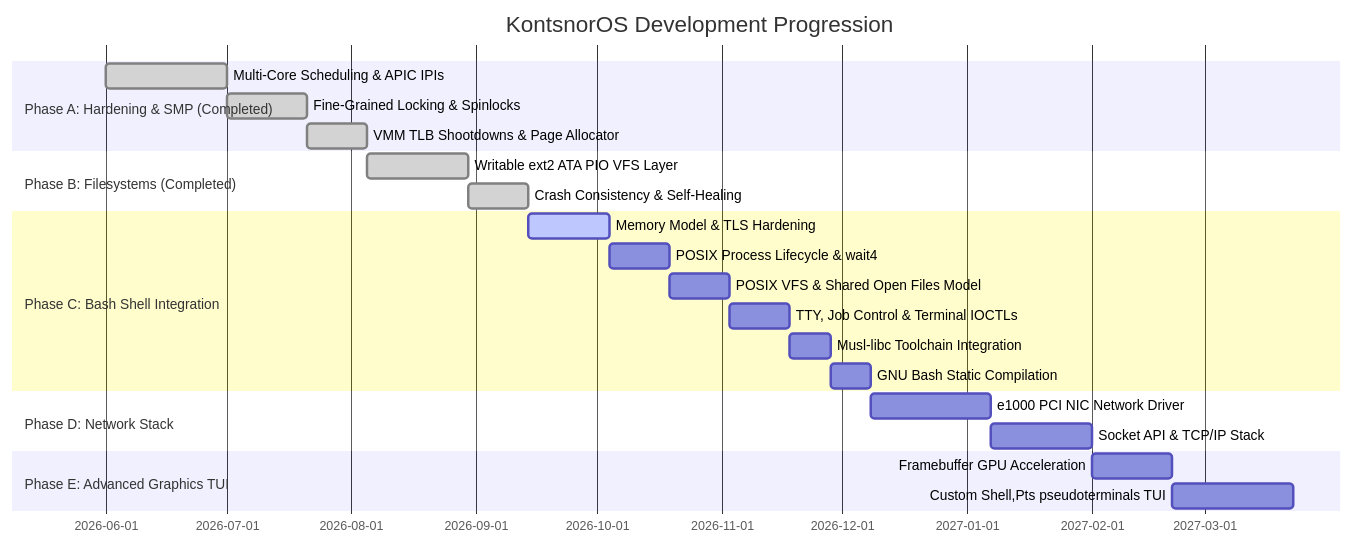
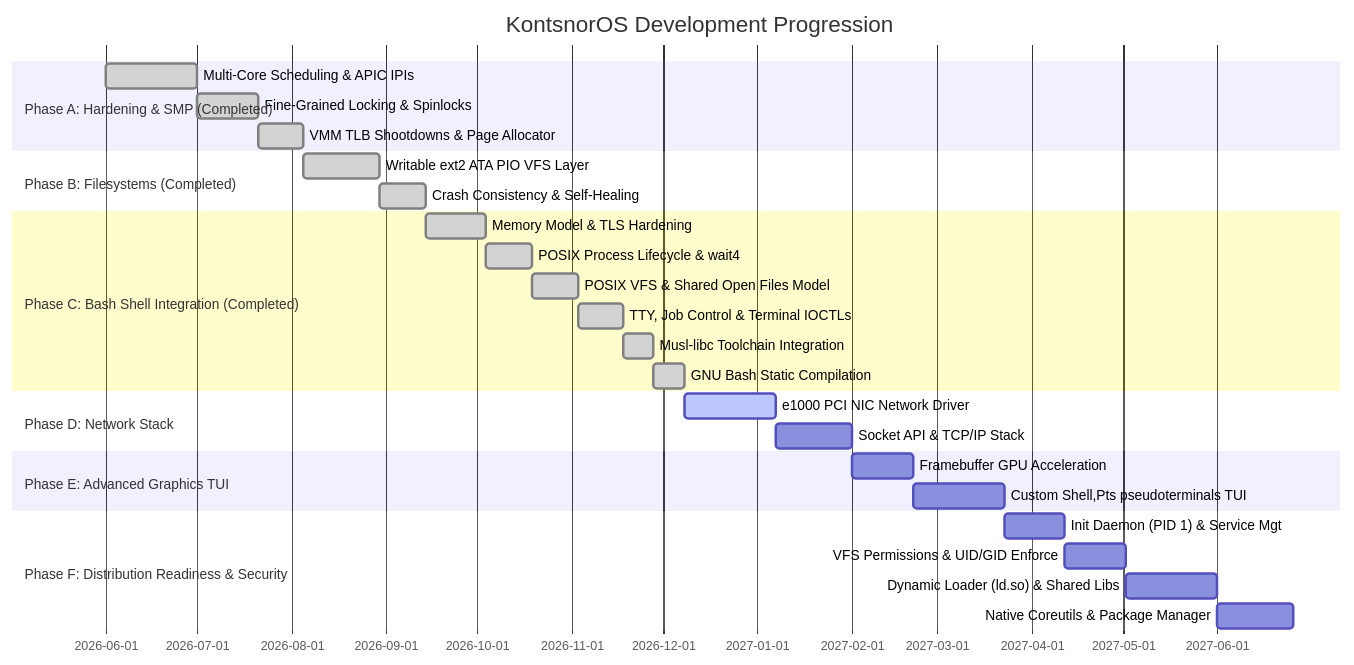
The diagram in docs/roadmap.md (Kontsnor/KontsnorOS), drawn with Mermaid before and after one commit. The commit also changed other lines of this file and 26 other files, not shown here.

Commit message:
feat: implement network stack with E1000 driver, socket support, and auxiliary system calls

````diff
--- a/docs/roadmap.md
+++ b/docs/roadmap.md
@@ -9,25 +9,30 @@
 ```mermaid
 gantt
     title KontsnorOS Development Progression
     dateFormat  YYYY-MM-DD
     section Phase A: Hardening & SMP (Completed)
     Multi-Core Scheduling & APIC IPIs   :done, des1, 2026-06-01, 30d
     Fine-Grained Locking & Spinlocks    :done, des2, after des1, 20d
     VMM TLB Shootdowns & Page Allocator :done, des3, after des2, 15d
     section Phase B: Filesystems (Completed)
     Writable ext2 ATA PIO VFS Layer     :done, fs1, after des3, 25d
     Crash Consistency & Self-Healing    :done, fs2, after fs1, 15d
-    section Phase C: Bash Shell Integration
-    Memory Model & TLS Hardening        :active, bash1, after fs2, 20d
-    POSIX Process Lifecycle & wait4     :         bash2, after bash1, 15d
-    POSIX VFS & Shared Open Files Model :         bash3, after bash2, 15d
-    TTY, Job Control & Terminal IOCTLs  :         bash4, after bash3, 15d
-    Musl-libc Toolchain Integration     :         bash5, after bash4, 10d
-    GNU Bash Static Compilation         :         bash6, after bash5, 10d
+    section Phase C: Bash Shell Integration (Completed)
+    Memory Model & TLS Hardening        :done, bash1, after fs2, 20d
+    POSIX Process Lifecycle & wait4     :done, bash2, after bash1, 15d
+    POSIX VFS & Shared Open Files Model :done, bash3, after bash2, 15d
+    TTY, Job Control & Terminal IOCTLs  :done, bash4, after bash3, 15d
+    Musl-libc Toolchain Integration     :done, bash5, after bash4, 10d
+    GNU Bash Static Compilation         :done, bash6, after bash5, 10d
     section Phase D: Network Stack
-    e1000 PCI NIC Network Driver       :         net1, after bash6, 30d
+    e1000 PCI NIC Network Driver       :active, net1, after bash6, 30d
     Socket API & TCP/IP Stack          :         net2, after net1, 25d
     section Phase E: Advanced Graphics TUI
     Framebuffer GPU Acceleration        :         ui1, after net2, 20d
     Custom Shell,Pts pseudoterminals TUI:         ui2, after ui1, 30d
+    section Phase F: Distribution Readiness & Security
+    Init Daemon (PID 1) & Service Mgt   :         dist1, after ui2, 20d
+    VFS Permissions & UID/GID Enforce   :         dist2, after dist1, 20d
+    Dynamic Loader (ld.so) & Shared Libs:         dist3, after dist2, 30d
+    Native Coreutils & Package Manager  :         dist4, after dist3, 25d
 ```
````
